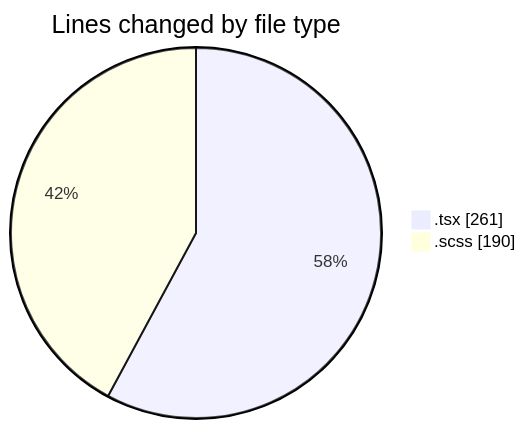
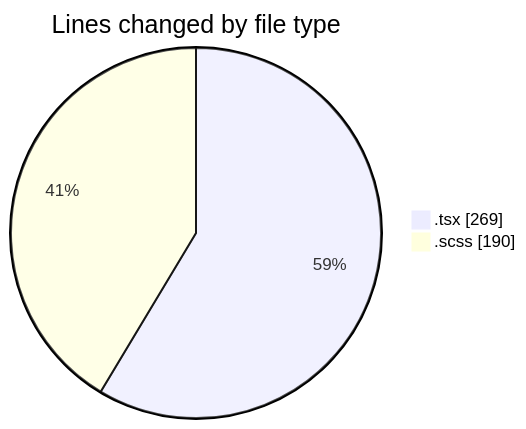
Before and after one commit to momahboobian/code-tracking: the first of 2 diagrams in 2026-04-10/cda/README.md, drawn with Mermaid. The commit also changed other lines of this file and 1 other file, not shown here.

````diff
--- a/2026-04-10/cda/README.md
+++ b/2026-04-10/cda/README.md
@@ -22,6 +22,6 @@
 ```mermaid
 pie showData
 title Lines changed by file type
-".tsx" : 261
+".tsx" : 269
 ".scss" : 190
 ```
````
